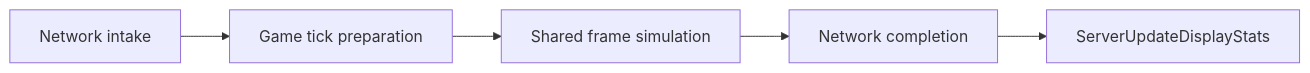
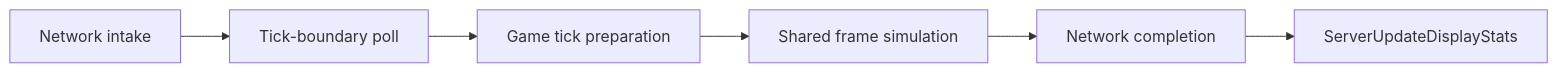
One commit to DougTanner/BrokenEnginePublic changed the third of 5 diagrams in Documents/Architecture/FrameUpdatePipeline.md. Above: the diagram before and after it, drawn with Mermaid. The commit also changed other lines of this file and 15 other files, not shown here.

Commit message:
Reduce avoidable click-to-effect latency: jitter-buffer retune, immediate command flush, server tick-boundary poll

````diff
--- a/Documents/Architecture/FrameUpdatePipeline.md
+++ b/Documents/Architecture/FrameUpdatePipeline.md
@@ -29,6 +29,6 @@
 ```mermaid
 %%{init: {'theme': 'default'}}%%
 flowchart LR
-    intake["Network intake"] --> prepare["Game tick preparation"] --> simulation["Shared frame simulation"] --> completion["Network completion"]
+    intake["Network intake"] --> boundary["Tick-boundary poll"] --> prepare["Game tick preparation"] --> simulation["Shared frame simulation"] --> completion["Network completion"]
     completion --> display["ServerUpdateDisplayStats"]
 ```
````
